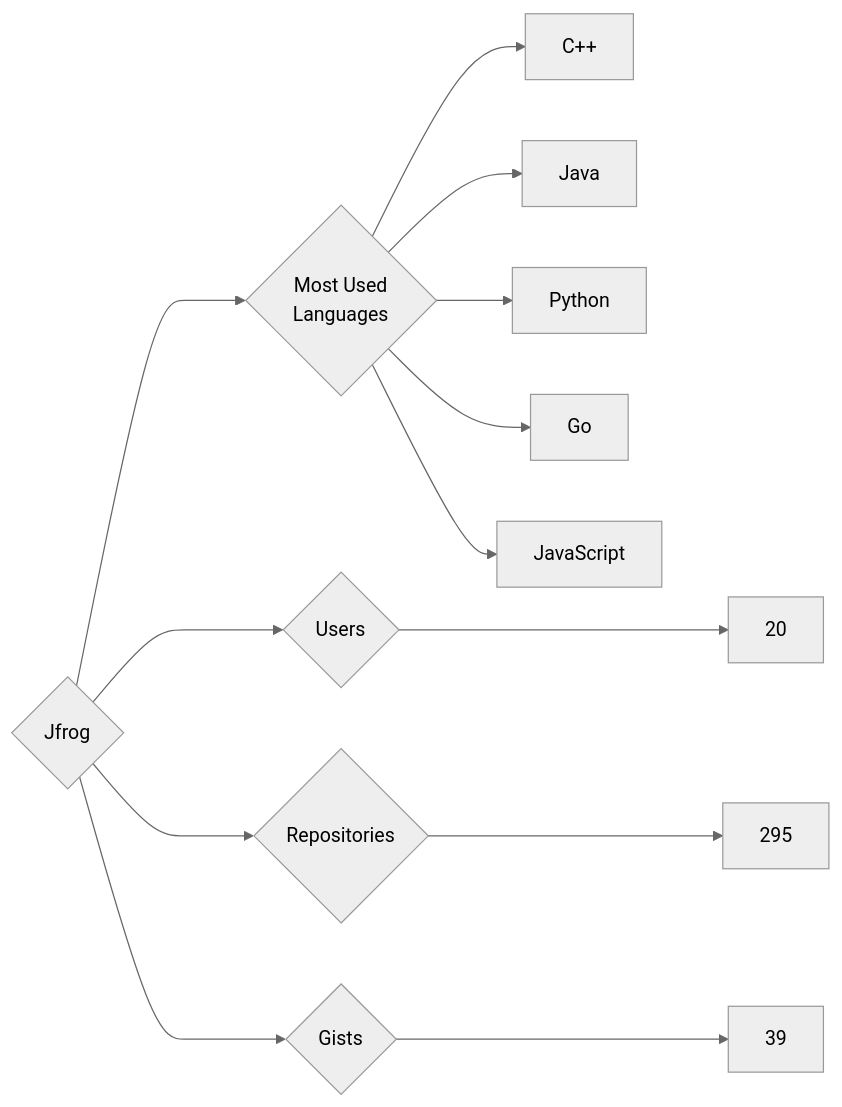
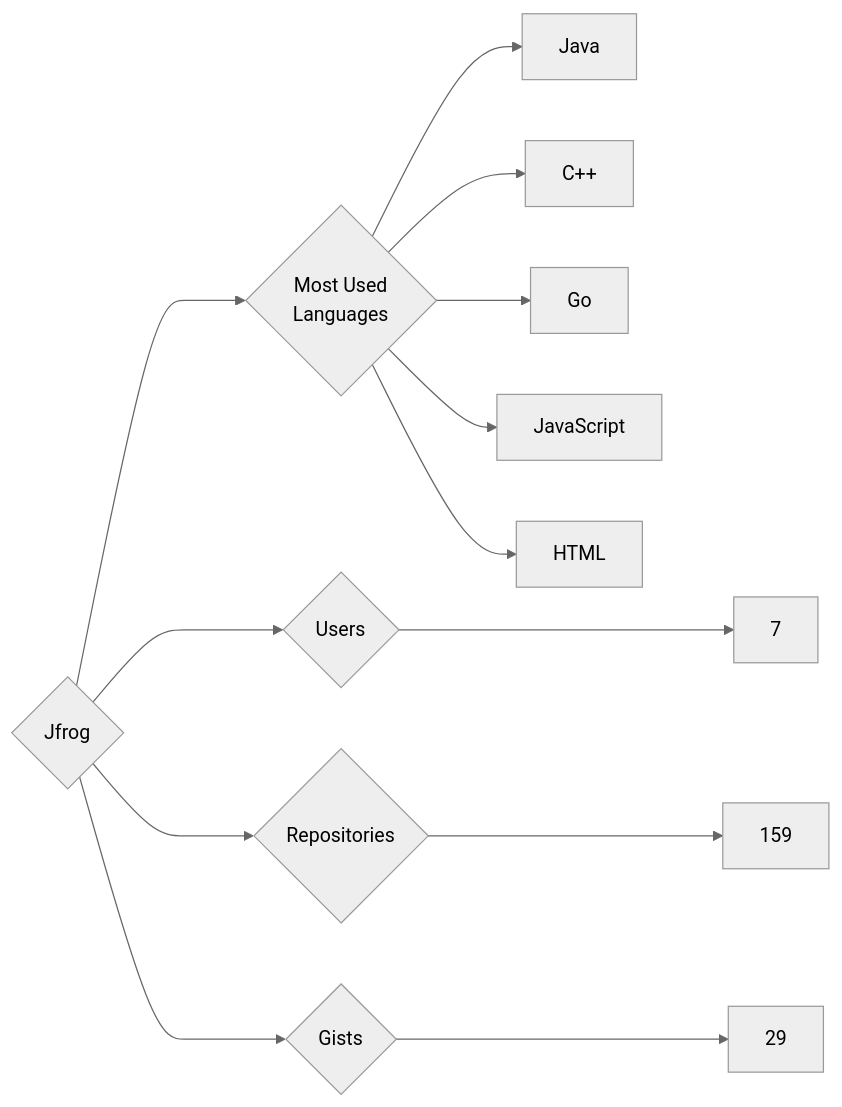
The diagram in targets/Jfrog/README.md (trickest/insiders), drawn with Mermaid (neutral theme) before and after one commit. The commit also changed 720 other files, not shown here.

````diff
--- a/targets/Jfrog/README.md
+++ b/targets/Jfrog/README.md
@@ -3,13 +3,13 @@
 ```mermaid
 graph LR
 COMPANY_NAME{Jfrog}
-COMPANY_NAME ---> U{Users} ---> UN[20]
-COMPANY_NAME ---> R{Repositories} ---> RN[295]
-COMPANY_NAME ---> G{Gists} ---> GN[39]
+COMPANY_NAME ---> U{Users} ---> UN[7]
+COMPANY_NAME ---> R{Repositories} ---> RN[159]
+COMPANY_NAME ---> G{Gists} ---> GN[29]
 COMPANY_NAME ---> ML{Most Used<br>Languages}
+ML --> Java[Java]
 ML --> C++[C++]
-ML --> Java[Java]
-ML --> Python[Python]
 ML --> Go[Go]
 ML --> JavaScript[JavaScript]
+ML --> HTML[HTML]
 ```
````
